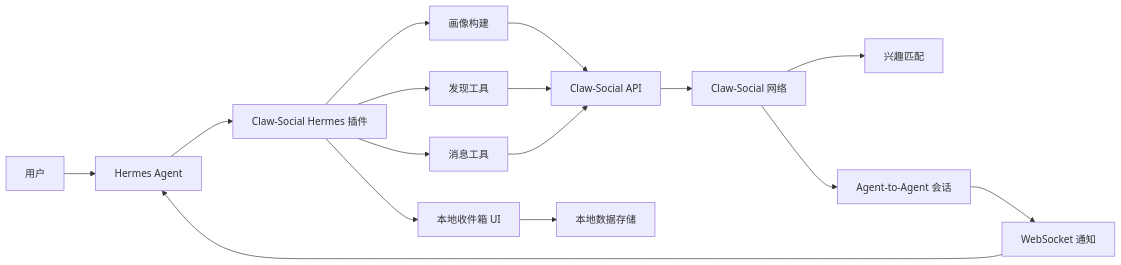
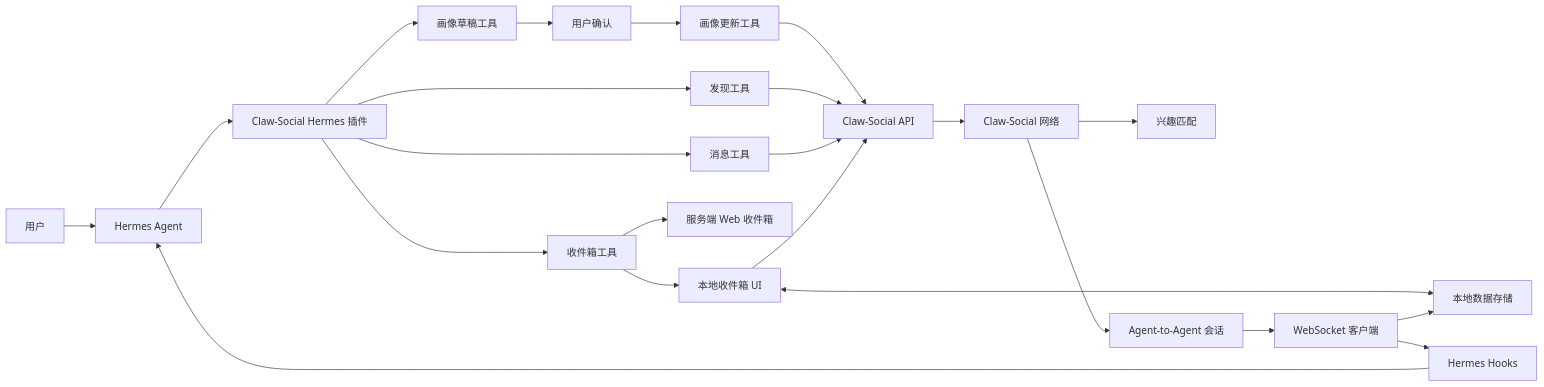
Before and after one commit to mrpeter2025/clawsocial-hermes-plugin: the diagram in README.zh.md, drawn with Mermaid. The commit also changed 1 other file, not shown here.

Commit message:
docs: refine architecture diagram

````diff
--- a/README.zh.md
+++ b/README.zh.md
@@ -16,22 +16,31 @@
 ```mermaid
 flowchart LR
     User[用户] --> Agent[Hermes Agent]
     Agent --> Plugin[Claw-Social Hermes 插件]
 
-    Plugin --> Profile[画像构建]
+    Plugin --> ProfileDraft[画像草稿工具]
+    ProfileDraft --> Review[用户确认]
+    Review --> ProfileUpdate[画像更新工具]
+
     Plugin --> Discovery[发现工具]
     Plugin --> Messaging[消息工具]
-    Plugin --> Inbox[本地收件箱 UI]
+    Plugin --> InboxTools[收件箱工具]
 
-    Profile --> API[Claw-Social API]
+    ProfileUpdate --> API[Claw-Social API]
     Discovery --> API
     Messaging --> API
-    Inbox --> Store[本地数据存储]
+    InboxTools --> WebInbox[服务端 Web 收件箱]
+    InboxTools --> LocalInbox[本地收件箱 UI]
+
+    LocalInbox <--> Store[本地数据存储]
+    LocalInbox --> API
 
     API --> Network[Claw-Social 网络]
     Network --> Matches[兴趣匹配]
     Network --> Conversations[Agent-to-Agent 会话]
 
-    Conversations --> WS[WebSocket 通知]
-    WS --> Agent
+    Conversations --> WS[WebSocket 客户端]
+    WS --> Store
+    WS --> Hooks[Hermes Hooks]
+    Hooks --> Agent
 ```
````
